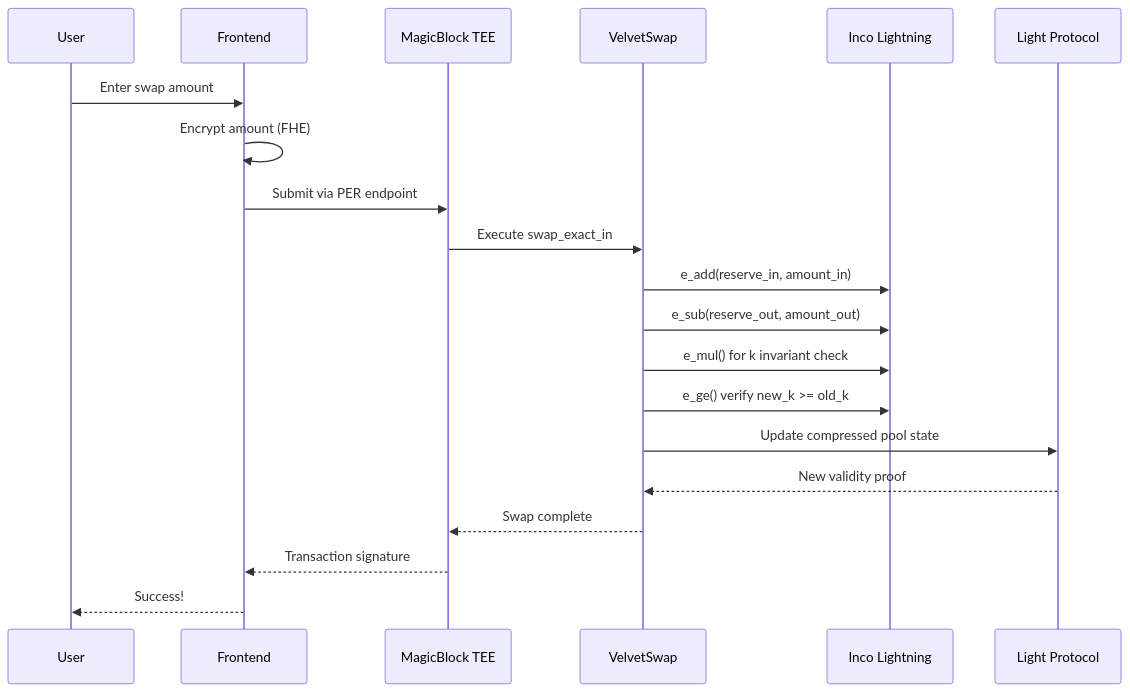
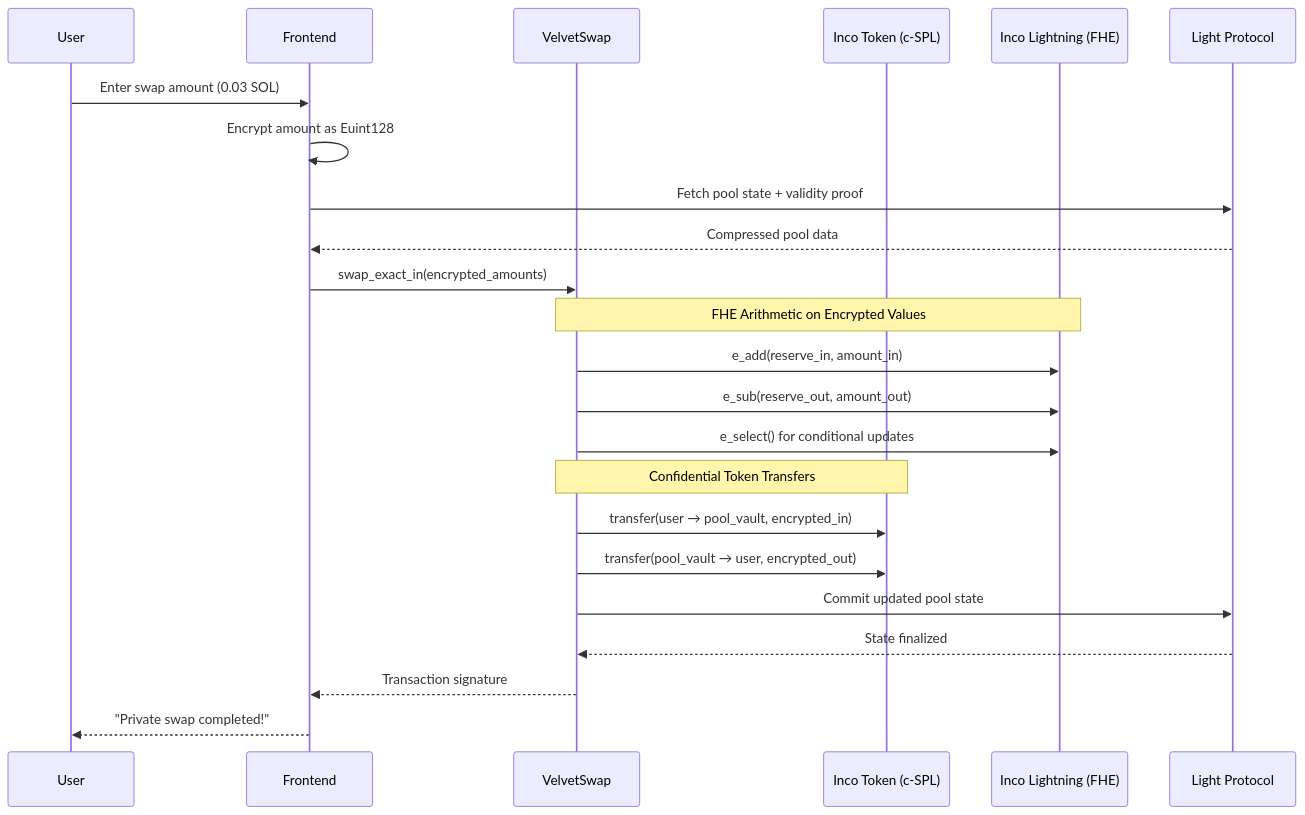
The second of 3 diagrams in README.md (N-45div/Velvet_swap_program), drawn with Mermaid before and after one commit. The commit also changed other lines of this file and 1 other file, not shown here.

Commit message:
docs: Update README with working devnet deployment details
- Add all deployed program addresses (Inco Token, Lightning, Pool Authority)
- Add Inco mint addresses and pool vault addresses
- Link to successful swap transaction on explorer
- Update architecture diagram with accurate swap flow
- Replace TEE references with actual Inco Token transfer flow

````diff
--- a/README.md
+++ b/README.md
@@ -71,23 +77,29 @@
 ```mermaid
 sequenceDiagram
     participant User
     participant Frontend
-    participant TEE as MagicBlock TEE
     participant Program as VelvetSwap
-    participant Inco as Inco Lightning
+    participant IncoToken as Inco Token (c-SPL)
+    participant IncoFHE as Inco Lightning (FHE)
     participant Light as Light Protocol
 
-    User->>Frontend: Enter swap amount
-    Frontend->>Frontend: Encrypt amount (FHE)
-    Frontend->>TEE: Submit via PER endpoint
-    TEE->>Program: Execute swap_exact_in
-    Program->>Inco: e_add(reserve_in, amount_in)
-    Program->>Inco: e_sub(reserve_out, amount_out)
-    Program->>Inco: e_mul() for k invariant check
-    Program->>Inco: e_ge() verify new_k >= old_k
-    Program->>Light: Update compressed pool state
-    Light-->>Program: New validity proof
-    Program-->>TEE: Swap complete
-    TEE-->>Frontend: Transaction signature
-    Frontend-->>User: Success!
+    User->>Frontend: Enter swap amount (0.03 SOL)
+    Frontend->>Frontend: Encrypt amount as Euint128
+    Frontend->>Light: Fetch pool state + validity proof
+    Light-->>Frontend: Compressed pool data
+    Frontend->>Program: swap_exact_in(encrypted_amounts)
+    
+    Note over Program,IncoFHE: FHE Arithmetic on Encrypted Values
+    Program->>IncoFHE: e_add(reserve_in, amount_in)
+    Program->>IncoFHE: e_sub(reserve_out, amount_out)
+    Program->>IncoFHE: e_select() for conditional updates
+    
+    Note over Program,IncoToken: Confidential Token Transfers
+    Program->>IncoToken: transfer(user → pool_vault, encrypted_in)
+    Program->>IncoToken: transfer(pool_vault → user, encrypted_out)
+    
+    Program->>Light: Commit updated pool state
+    Light-->>Program: State finalized
+    Program-->>Frontend: Transaction signature
+    Frontend-->>User: "Private swap completed!"
 ```
````
